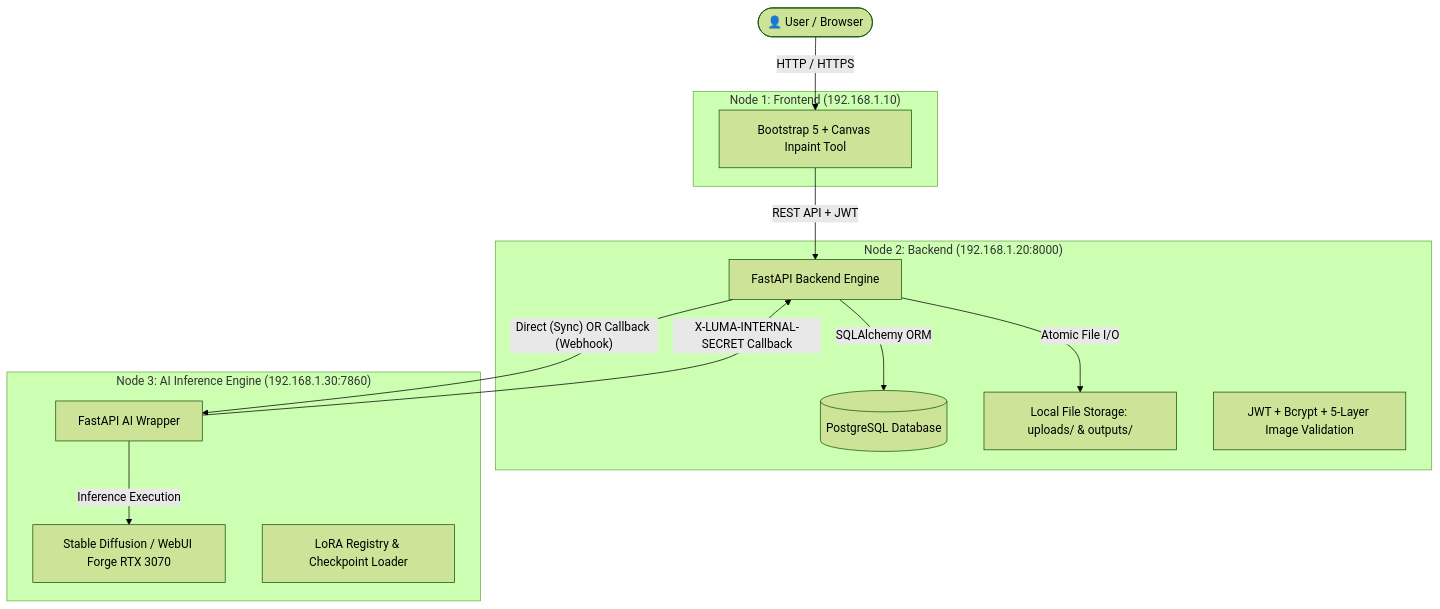
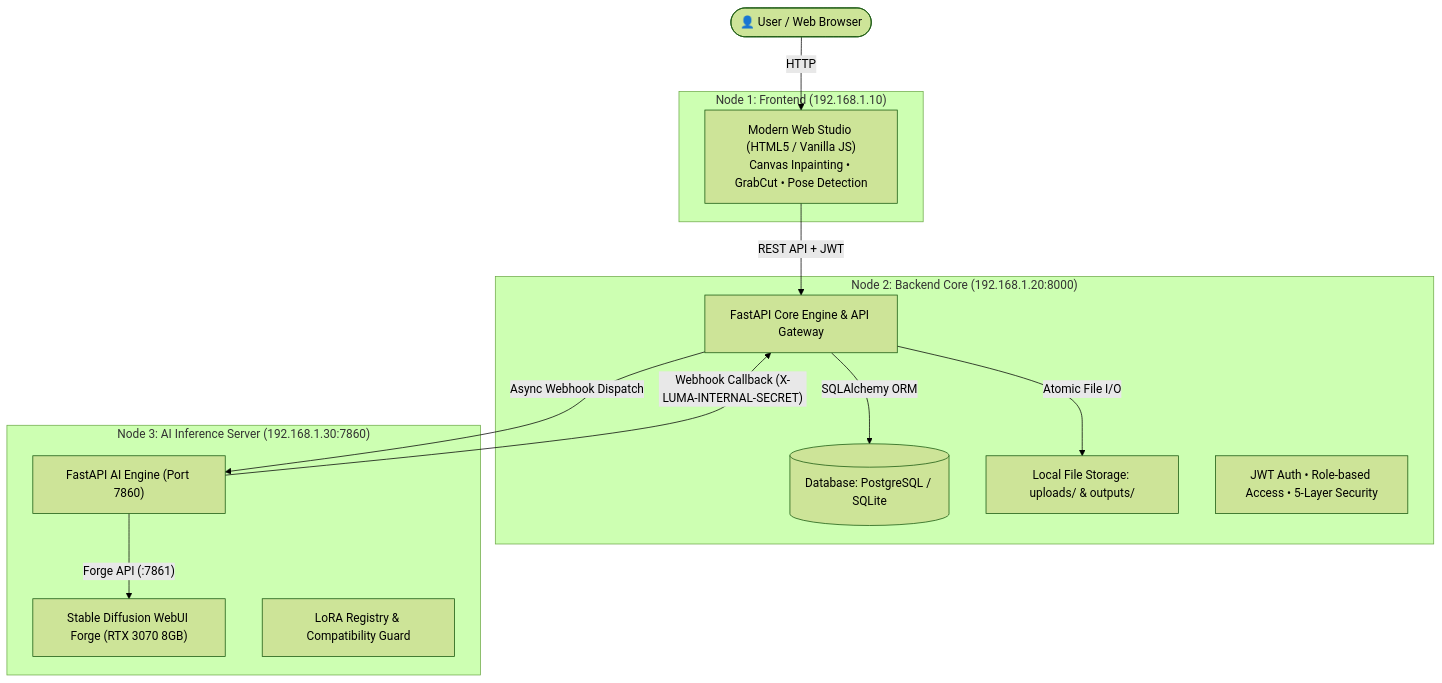
The first of 3 diagrams in README.md (Pongkarm/Project_Luma_PKW), drawn with Mermaid (forest theme) before and after one commit. The commit also changed other lines of this file and 1 other file, not shown here.

Commit message:
docs: update root and ai-server READMEs with model compatibility matrix, 3-node architecture, and updated data contracts

````diff
--- a/README.md
+++ b/README.md
@@ -17,29 +17,29 @@
 ```mermaid
 graph TD
-    User([👤 User / Browser])
+    User([👤 User / Web Browser])
     
     subgraph PC1 ["Node 1: Frontend (192.168.1.10)"]
-        UI[Bootstrap 5 + Canvas Inpaint Tool]
+        UI["Modern Web Studio (HTML5 / Vanilla JS)<br/>Canvas Inpainting • GrabCut • Pose Detection"]
     end
 
-    subgraph PC2 ["Node 2: Backend (192.168.1.20:8000)"]
-        API[FastAPI Backend Engine]
-        DB[(PostgreSQL Database)]
-        Storage[Local File Storage: uploads/ & outputs/]
-        Security[JWT + Bcrypt + 5-Layer Image Validation]
+    subgraph PC2 ["Node 2: Backend Core (192.168.1.20:8000)"]
+        API["FastAPI Core Engine & API Gateway"]
+        DB[("Database: PostgreSQL / SQLite")]
+        Storage["Local File Storage: uploads/ & outputs/"]
+        Security["JWT Auth • Role-based Access • 5-Layer Security"]
     end
 
-    subgraph PC3 ["Node 3: AI Inference Engine (192.168.1.30:7860)"]
-        AIEngine[FastAPI AI Wrapper]
-        SD[Stable Diffusion / WebUI Forge RTX 3070]
-        LoRA[LoRA Registry & Checkpoint Loader]
+    subgraph PC3 ["Node 3: AI Inference Server (192.168.1.30:7860)"]
+        AIEngine["FastAPI AI Engine (Port 7860)"]
+        SD["Stable Diffusion WebUI Forge (RTX 3070 8GB)"]
+        LoRA["LoRA Registry & Compatibility Guard"]
     end
 
-    User -->|"HTTP / HTTPS"| UI
+    User -->|"HTTP"| UI
     UI -->|"REST API + JWT"| API
     API -->|"SQLAlchemy ORM"| DB
     API -->|"Atomic File I/O"| Storage
-    API -->|"Direct (Sync) OR Callback (Webhook)"| AIEngine
-    AIEngine -->|"Inference Execution"| SD
-    AIEngine -->|"X-LUMA-INTERNAL-SECRET Callback"| API
+    API -->|"Async Webhook Dispatch"| AIEngine
+    AIEngine -->|"Forge API (:7861)"| SD
+    AIEngine -->|"Webhook Callback (X-LUMA-INTERNAL-SECRET)"| API
 ```
````
